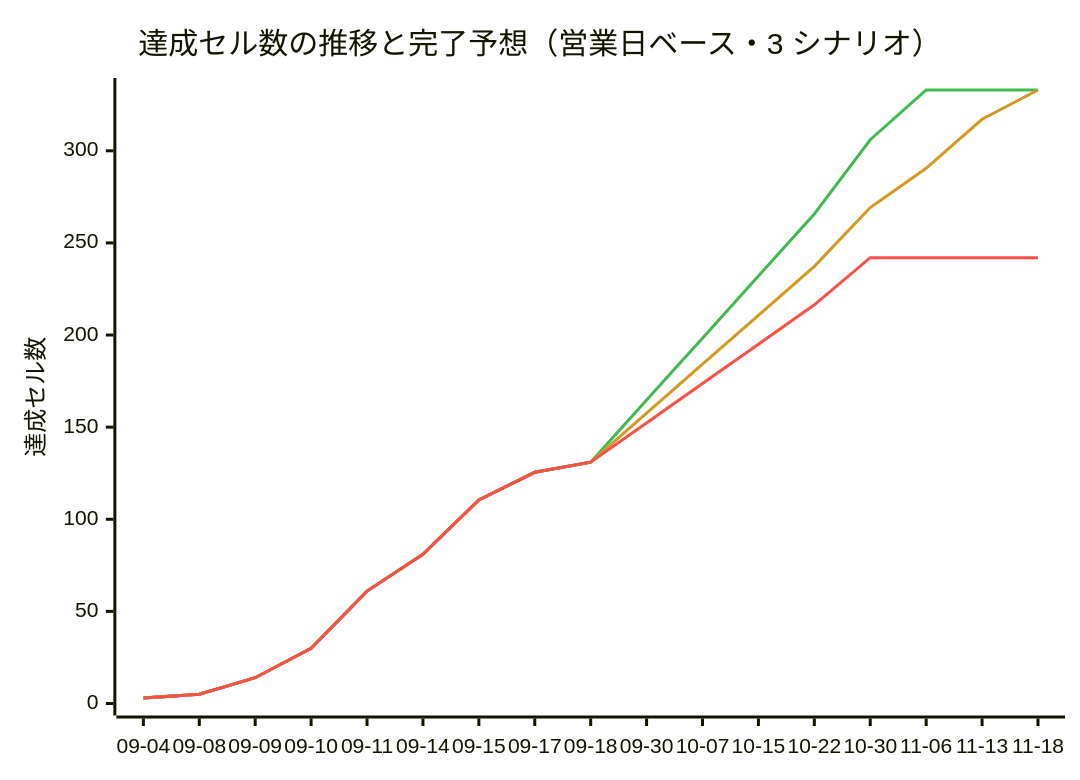
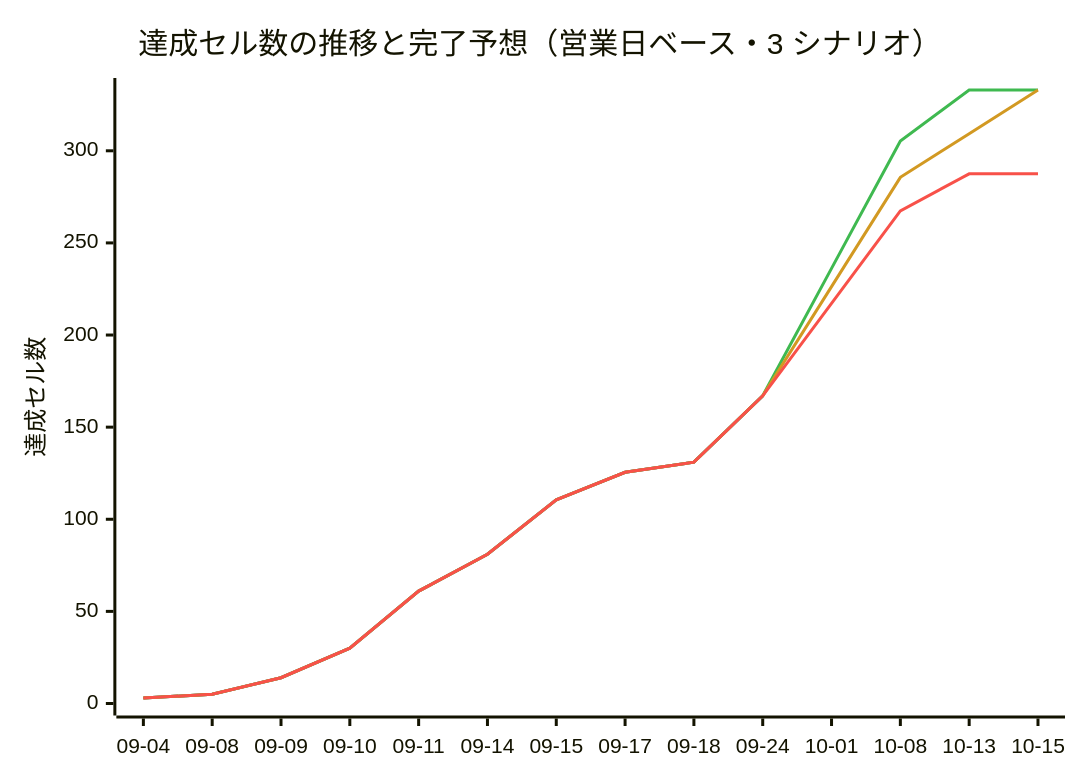
One commit to yoshihisatanaka/Pre-Market_Trading_frontend changed the diagram in docs/progress.md. Above: the diagram before and after it, drawn with Mermaid. The commit also changed other lines of this file and 1 other file, not shown here.

````diff
--- a/docs/progress.md
+++ b/docs/progress.md
@@ -353,11 +375,11 @@
 ```mermaid
 %%{init: {"themeVariables": {"xyChart": {"plotColorPalette": "#2f6feb, #3fb950, #d29922, #f85149"}}}}%%
 xychart-beta
     title "達成セル数の推移と完了予想（営業日ベース・3 シナリオ）"
-    x-axis ["09-04", "09-08", "09-09", "09-10", "09-11", "09-14", "09-15", "09-17", "09-18", "09-30", "10-07", "10-15", "10-22", "10-30", "11-06", "11-13", "11-18"]
+    x-axis ["09-04", "09-08", "09-09", "09-10", "09-11", "09-14", "09-15", "09-17", "09-18", "09-24", "10-01", "10-08", "10-13", "10-15"]
     y-axis "達成セル数" 0 --> 333
-    line [3, 5, 14, 30, 61, 81, 110.5, 125.5, 131]
-    line [3, 5, 14, 30, 61, 81, 110.5, 125.5, 131, 164.7, 198.3, 232, 265.7, 306, 333, 333, 333]
-    line [3, 5, 14, 30, 61, 81, 110.5, 125.5, 131, 157.6, 184.2, 210.7, 237.3, 269.2, 290.5, 317.1, 333]
-    line [3, 5, 14, 30, 61, 81, 110.5, 125.5, 131, 152.3, 173.7, 195, 216.4, 242, 242, 242, 242]
+    line [3, 5, 14, 30, 61, 81, 110.5, 125.5, 131, 167]
+    line [3, 5, 14, 30, 61, 81, 110.5, 125.5, 131, 167, 236.2, 305.3, 333, 333]
+    line [3, 5, 14, 30, 61, 81, 110.5, 125.5, 131, 167, 226.3, 285.6, 309.3, 333]
+    line [3, 5, 14, 30, 61, 81, 110.5, 125.5, 131, 167, 217.2, 267.4, 287.5, 287.5]
 ```
````
